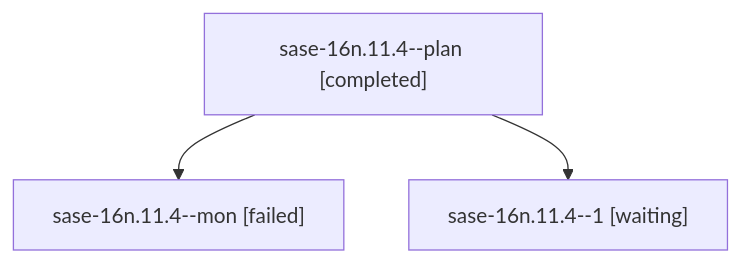
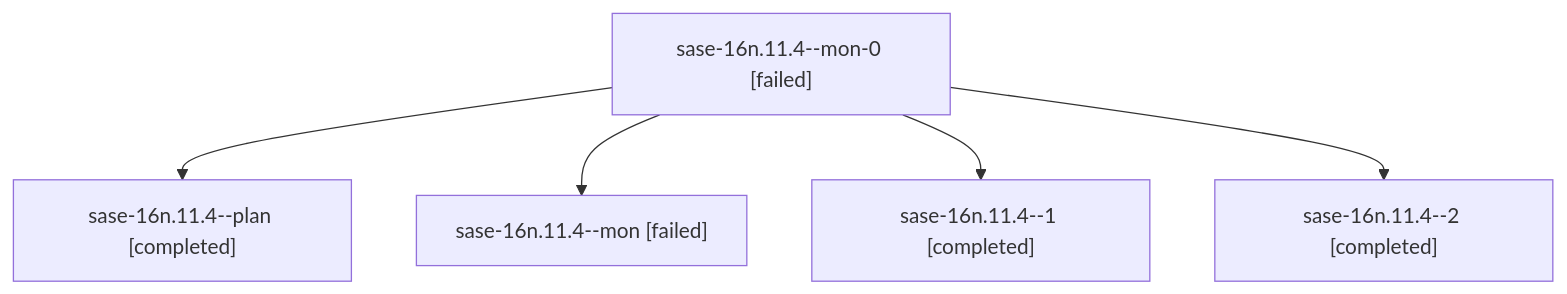
The diagram in families/bbugyi200.athena.sase-16n.11.4.md (sase-org/sase--agents), drawn with Mermaid before and after one commit. The commit also changed other lines of this file and 51 other files, not shown here.

````diff
--- a/families/bbugyi200.athena.sase-16n.11.4.md
+++ b/families/bbugyi200.athena.sase-16n.11.4.md
@@ -9,8 +9,12 @@
 ```mermaid
 flowchart TD
-  n0["sase-16n.11.4--plan [completed]"]
-  n1["sase-16n.11.4--mon [failed]"]
+  n0["sase-16n.11.4--mon-0 [failed]"]
+  n1["sase-16n.11.4--plan [completed]"]
   n0 --> n1
-  n2["sase-16n.11.4--1 [waiting]"]
+  n2["sase-16n.11.4--mon [failed]"]
   n0 --> n2
+  n3["sase-16n.11.4--1 [completed]"]
+  n0 --> n3
+  n4["sase-16n.11.4--2 [completed]"]
+  n0 --> n4
 ```
````
